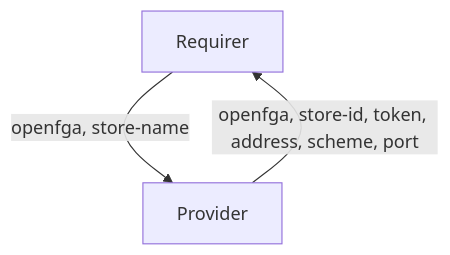
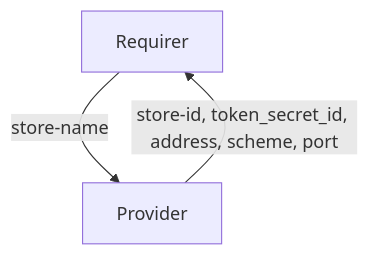
One commit to canonical/charm-relation-interfaces changed the diagram in interfaces/openfga/v0/README.md. Above: the diagram before and after it, drawn with Mermaid. The commit also changed other lines of this file and 5 other files, not shown here.

````diff
--- a/interfaces/openfga/v0/README.md
+++ b/interfaces/openfga/v0/README.md
@@ -11,5 +11,5 @@
 ```mermaid
 flowchart TD
-    Requirer -- openfga, store-name --> Provider
-    Provider -- openfga, store-id, token, address, scheme, port --> Requirer
+    Requirer -- store-name --> Provider
+    Provider -- store-id, token_secret_id, address, scheme, port --> Requirer
 ```
````
